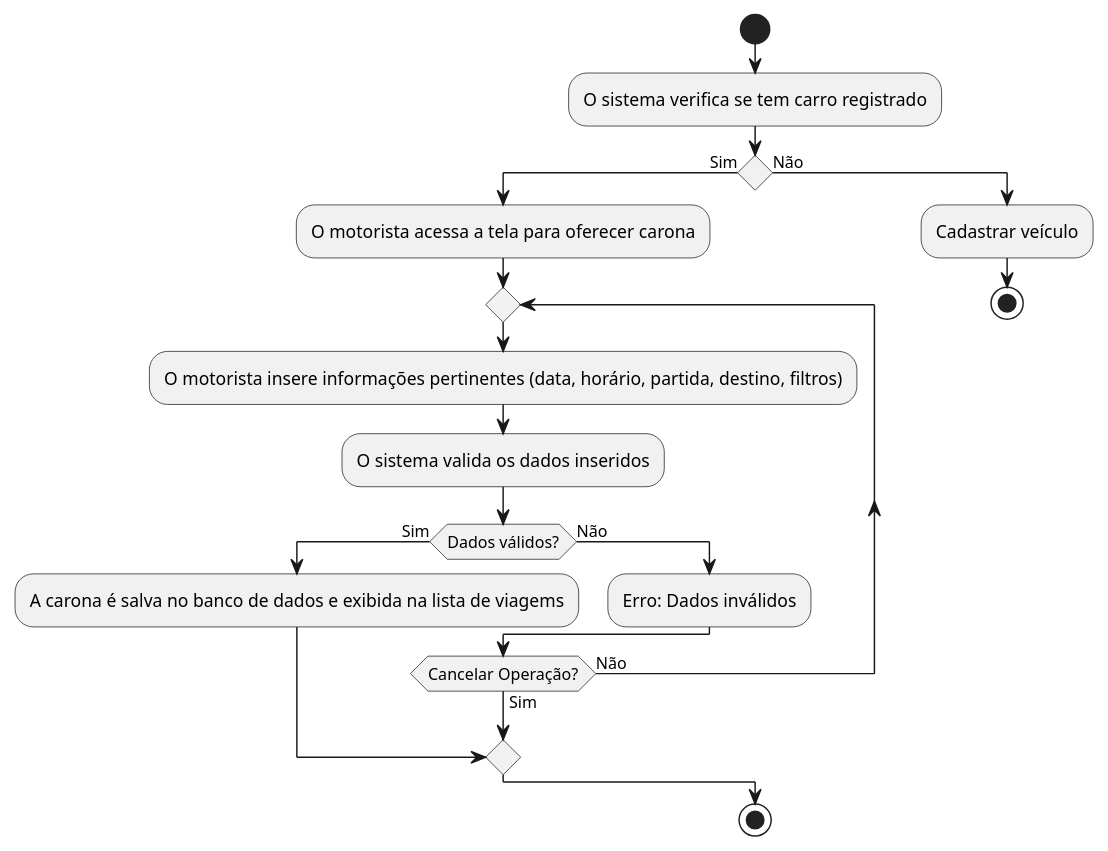
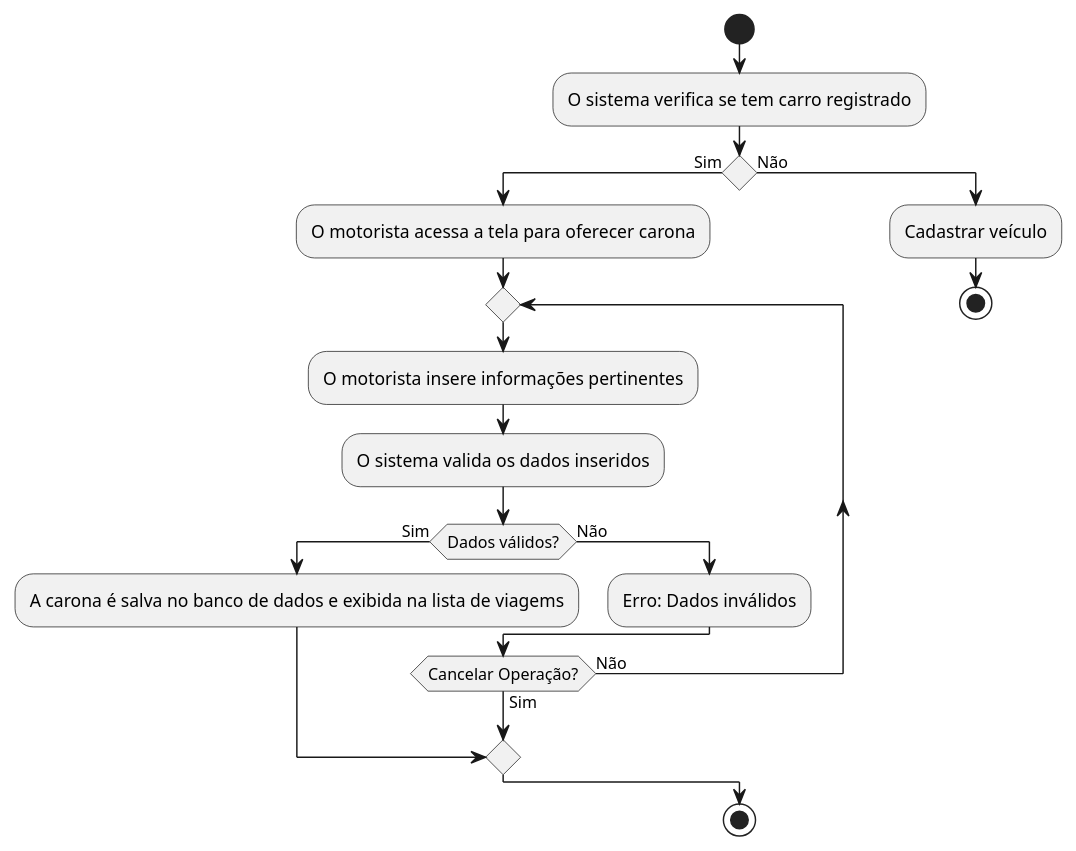
The first of 7 diagrams in docs/activity_diagram/activity.md (Pesagniya/FATEC-Ride), drawn with PlantUML before and after one commit. The commit also changed other lines of this file, not shown here.

```diff
--- a/docs/activity_diagram/activity.md
+++ b/docs/activity_diagram/activity.md
@@ -4,22 +4,23 @@
 @startuml  
 |Motorista|  
 start  
 :O sistema verifica se tem carro registrado;  
+
 if () then (Sim)  
-:O motorista acessa a tela para oferecer carona;  
-repeat  
-:O motorista insere informações pertinentes (data, horário, partida, destino, filtros);  
-:O sistema valida os dados inseridos;  
-if (Dados válidos?) then (Sim)  
-:A carona é salva no banco de dados e exibida na lista de viagems;  
-break  
+ :O motorista acessa a tela para oferecer carona;  
+ repeat  
+ :O motorista insere informações pertinentes;  
+ :O sistema valida os dados inseridos;  
+ if (Dados válidos?) then (Sim)  
+  :A carona é salva no banco de dados e exibida na lista de viagems;  
+  break  
+ else (Não)  
+  :Erro: Dados inválidos;  
+ endif  
+ repeat while (Cancelar Operação?) is (Não) not (Sim)  
 else (Não)  
- :Erro: Dados inválidos;  
-endif  
-repeat while (Cancelar Operação?) is (Não) not (Sim)  
-else (Não)  
-:Cadastrar veículo;  
-stop  
+ :Cadastrar veículo;  
+ stop  
 endif  
 stop  
 @enduml  
```
